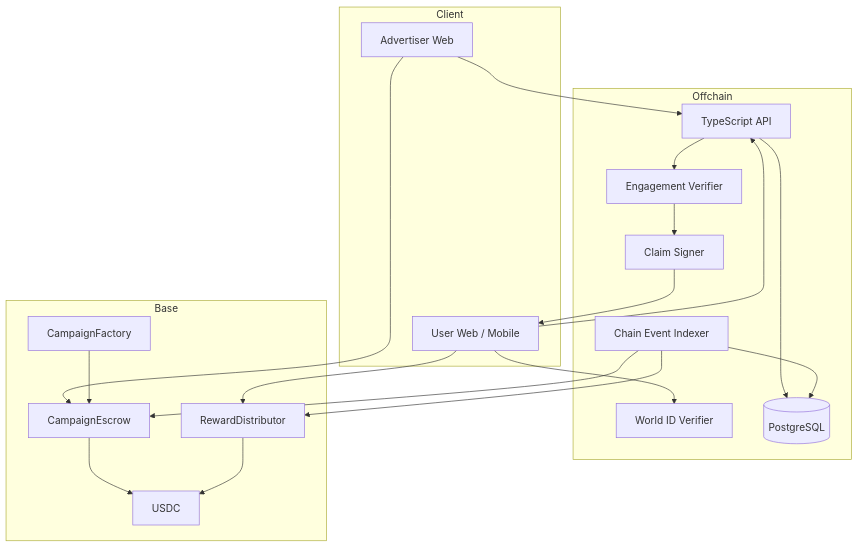
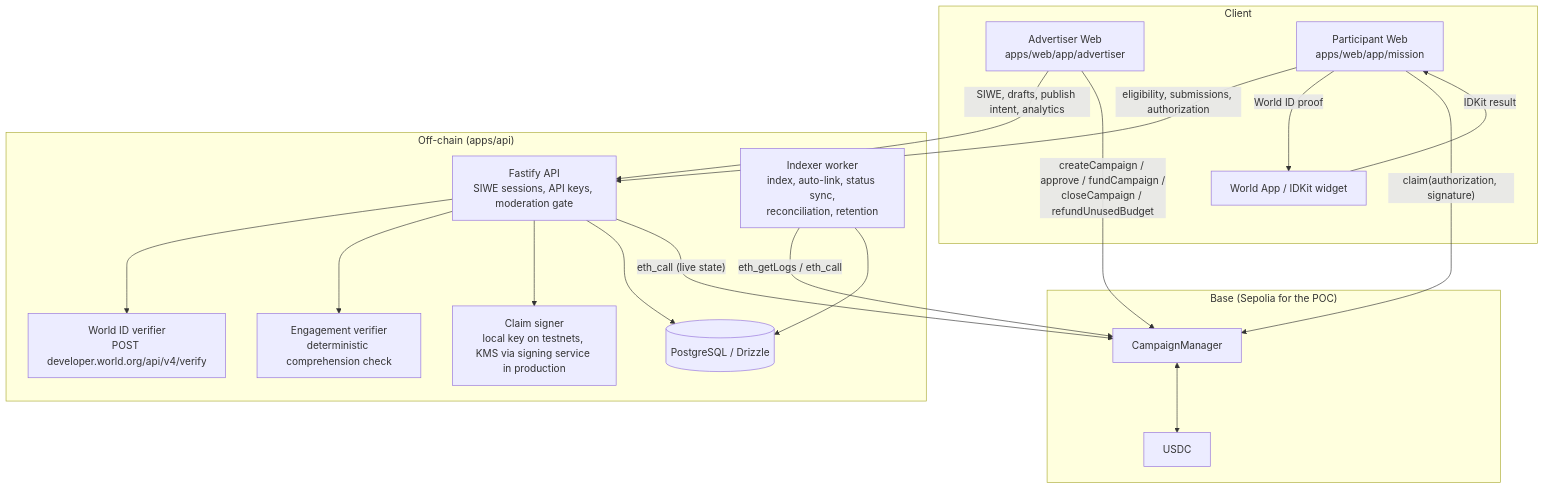
Before and after one commit to ChiJiun/verified-human-attention-market: the first of 2 diagrams in docs/architecture/MVP_ARCHITECTURE.md, drawn with Mermaid. The commit also changed other lines of this file and 16 other files, not shown here.

First line of the commit message:
docs: reconcile architecture, specs, requirements, threat model and test plan with the code

````diff
--- a/docs/architecture/MVP_ARCHITECTURE.md
+++ b/docs/architecture/MVP_ARCHITECTURE.md
@@ -8,39 +11,37 @@
 ```mermaid
 flowchart TB
   subgraph Client
-    A[Advertiser Web]
-    U[User Web / Mobile]
+    A[Advertiser Web<br/>apps/web/app/advertiser]
+    U[Participant Web<br/>apps/web/app/mission]
+    W[World App / IDKit widget]
   end
 
-  subgraph Offchain
-    API[TypeScript API]
-    WV[World ID Verifier]
-    EV[Engagement Verifier]
-    DB[(PostgreSQL)]
-    IDX[Chain Event Indexer]
-    SIGN[Claim Signer]
+  subgraph Offchain["Off-chain (apps/api)"]
+    API[Fastify API<br/>SIWE sessions, API keys, moderation gate]
+    WV[World ID verifier<br/>POST developer.world.org/api/v4/verify]
+    EV[Engagement verifier<br/>deterministic comprehension check]
+    SIGN[Claim signer<br/>local key on testnets, KMS via signing service in production]
+    DB[(PostgreSQL / Drizzle)]
+    IDX[Indexer worker<br/>index, auto-link, status sync,<br/>reconciliation, retention]
   end
 
-  subgraph Base
-    CF[CampaignFactory]
-    CE[CampaignEscrow]
-    RD[RewardDistributor]
+  subgraph Base["Base (Sepolia for the POC)"]
+    CM[CampaignManager]
     USDC[USDC]
   end
 
-  A --> API
-  U --> API
-  U --> WV
+  A -- SIWE, drafts, publish intent, analytics --> API
+  A -- createCampaign / approve / fundCampaign /<br/>closeCampaign / refundUnusedBudget --> CM
+  U -- eligibility, submissions, authorization --> API
+  U -- World ID proof --> W
+  W -- IDKit result --> U
+  API --> WV
   API --> EV
+  API --> SIGN
   API --> DB
-  EV --> SIGN
-  SIGN --> U
-  U --> RD
-  A --> CE
-  CE --> USDC
-  RD --> USDC
-  CF --> CE
-  IDX --> CE
-  IDX --> RD
+  U -- claim(authorization, signature) --> CM
+  CM <--> USDC
+  IDX -- eth_getLogs / eth_call --> CM
   IDX --> DB
+  API -- eth_call (live state) --> CM
 ```
````
